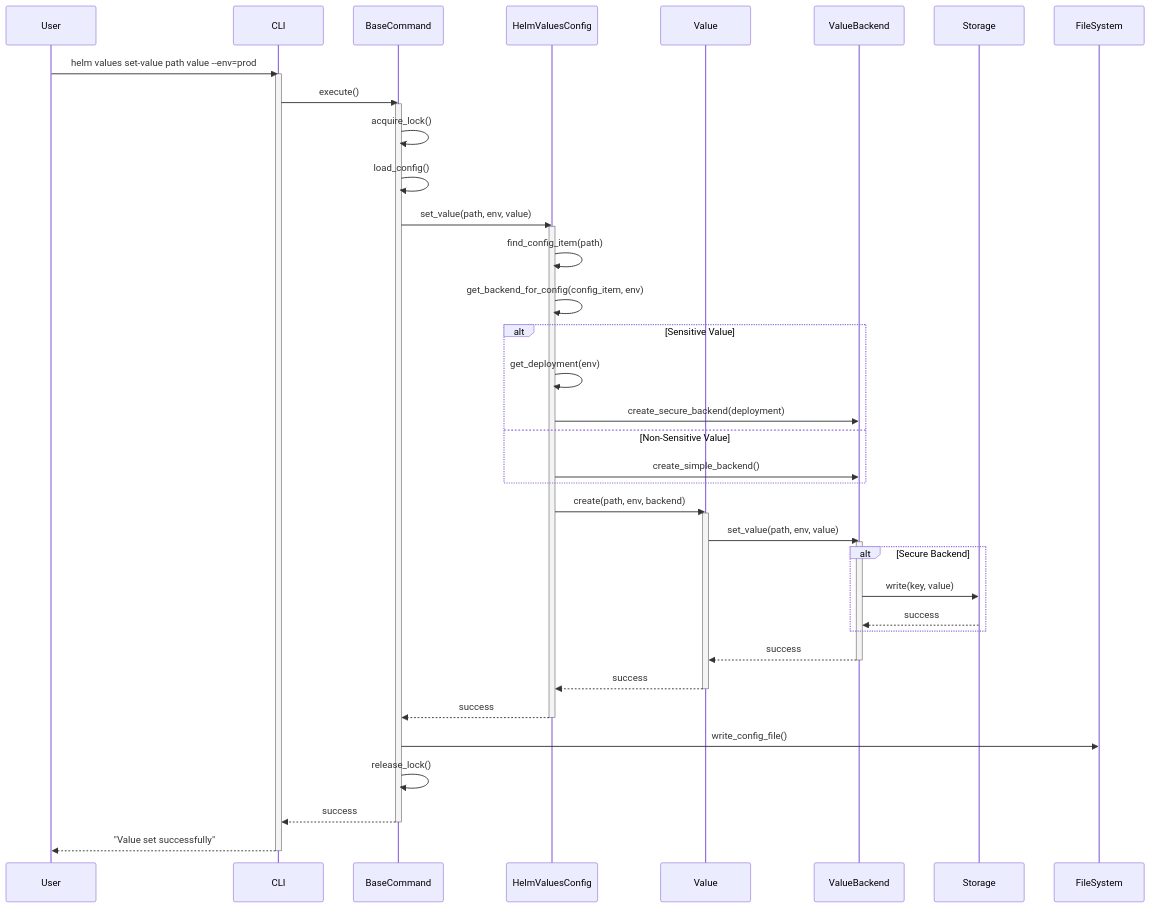
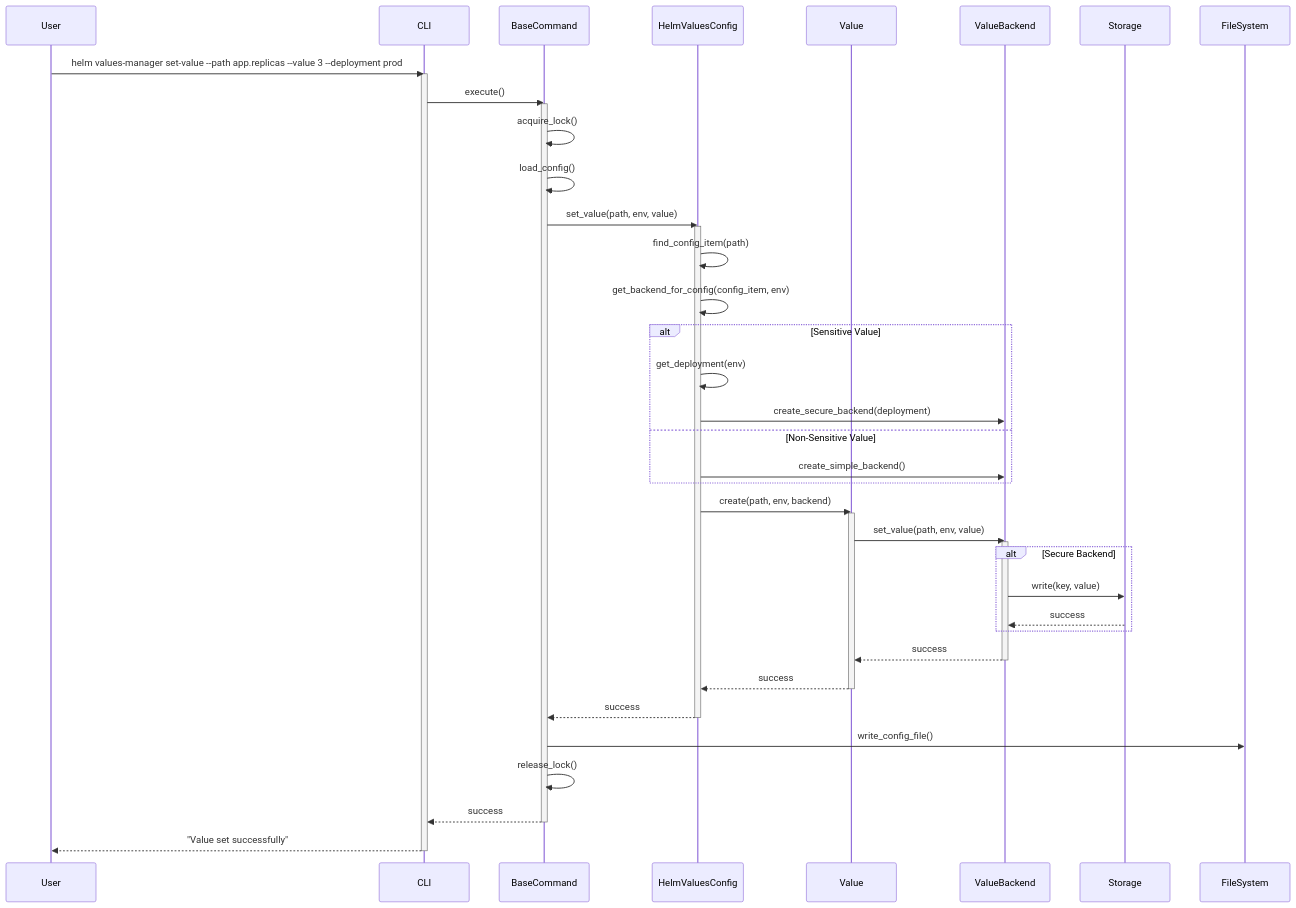
One commit to Zipstack/helm-values-manager changed the sixth of 14 diagrams in docs/Design/sequence-diagrams.md. Above: the diagram before and after it, drawn with Mermaid. The commit also changed other lines of this file, not shown here.

First line of the commit message:
docs: update sequence diagrams with correct command flags

````diff
--- a/docs/Design/sequence-diagrams.md
+++ b/docs/Design/sequence-diagrams.md
@@ -212,57 +212,57 @@
 ```mermaid
 sequenceDiagram
     participant User
     participant CLI
     participant BaseCommand
     participant HelmValuesConfig
     participant Value
     participant ValueBackend
     participant Storage
 
-    User->>CLI: helm values set-value path value --env=prod
+    User->>CLI: helm values-manager set-value --path app.replicas --value 3 --deployment prod
     activate CLI
 
     CLI->>BaseCommand: execute()
     activate BaseCommand
 
     BaseCommand->>BaseCommand: acquire_lock()
     BaseCommand->>BaseCommand: load_config()
     BaseCommand->>HelmValuesConfig: set_value(path, env, value)
     activate HelmValuesConfig
 
     HelmValuesConfig->>HelmValuesConfig: find_config_item(path)
     HelmValuesConfig->>HelmValuesConfig: get_backend_for_config(config_item, env)
 
     alt Sensitive Value
         HelmValuesConfig->>HelmValuesConfig: get_deployment(env)
         HelmValuesConfig->>ValueBackend: create_secure_backend(deployment)
     else Non-Sensitive Value
         HelmValuesConfig->>ValueBackend: create_simple_backend()
     end
 
     HelmValuesConfig->>Value: create(path, env, backend)
     activate Value
     Value->>ValueBackend: set_value(path, env, value)
     activate ValueBackend
 
     alt Secure Backend
         ValueBackend->>Storage: write(key, value)
         Storage-->>ValueBackend: success
     end
 
     ValueBackend-->>Value: success
     deactivate ValueBackend
     Value-->>HelmValuesConfig: success
     deactivate Value
 
     HelmValuesConfig-->>BaseCommand: success
     deactivate HelmValuesConfig
 
     BaseCommand->>FileSystem: write_config_file()
     BaseCommand->>BaseCommand: release_lock()
     BaseCommand-->>CLI: success
     deactivate BaseCommand
 
     CLI-->>User: "Value set successfully"
     deactivate CLI
 ```
````
